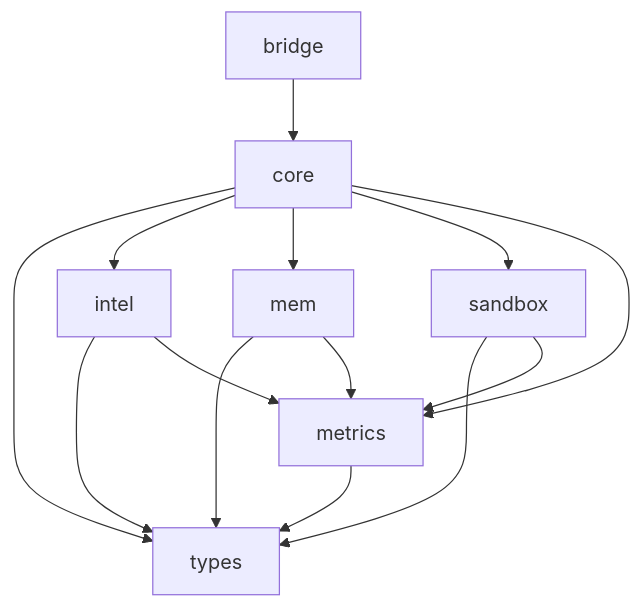
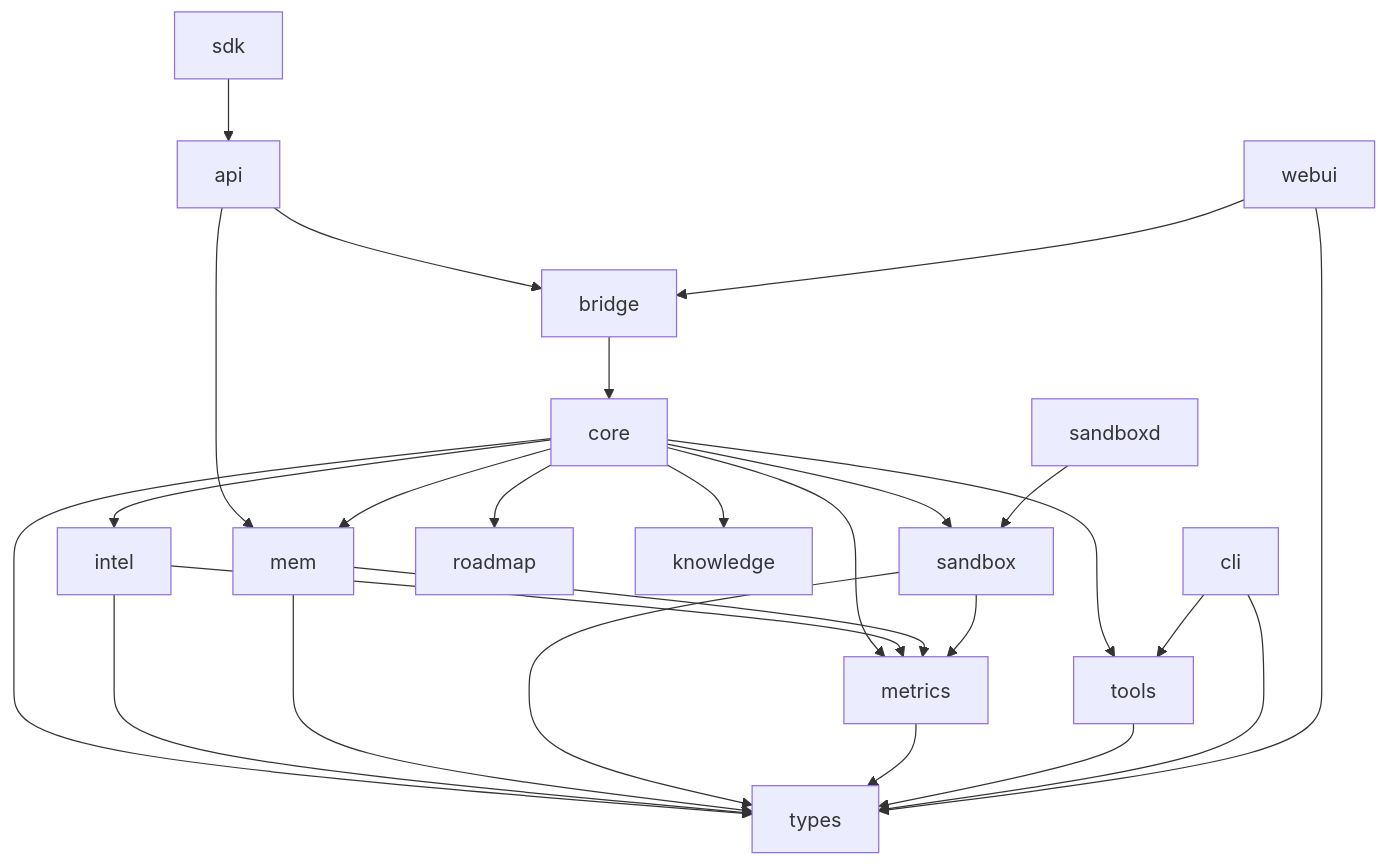
One commit to zerove/opencodepro changed the diagram in book/src/architecture.md. Above: the diagram before and after it, drawn with Mermaid. The commit also changed other lines of this file and 7 other files, not shown here.

````diff
--- a/book/src/architecture.md
+++ b/book/src/architecture.md
@@ -20,16 +23,28 @@
 ```mermaid
 graph TD
     bridge --> core
+    api --> bridge
+    api --> mem
     core --> types
     core --> intel
     core --> mem
     core --> sandbox
     core --> metrics
+    core --> roadmap
+    core --> knowledge
+    core --> tools
     intel --> types
     intel --> metrics
     mem --> types
     mem --> metrics
     sandbox --> types
     sandbox --> metrics
+    sandboxd --> sandbox
     metrics --> types
+    tools --> types
+    cli --> types
+    cli --> tools
+    webui --> bridge
+    webui --> types
+    sdk --> api
 ```
````
